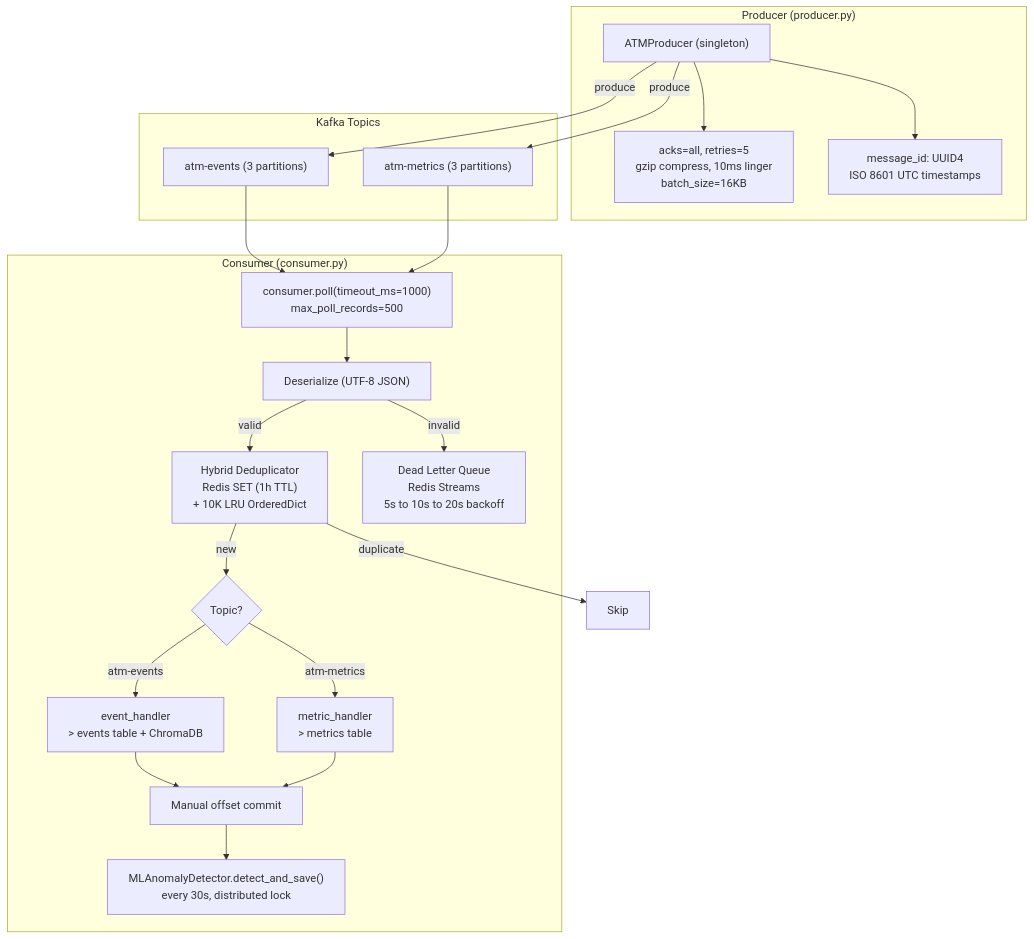
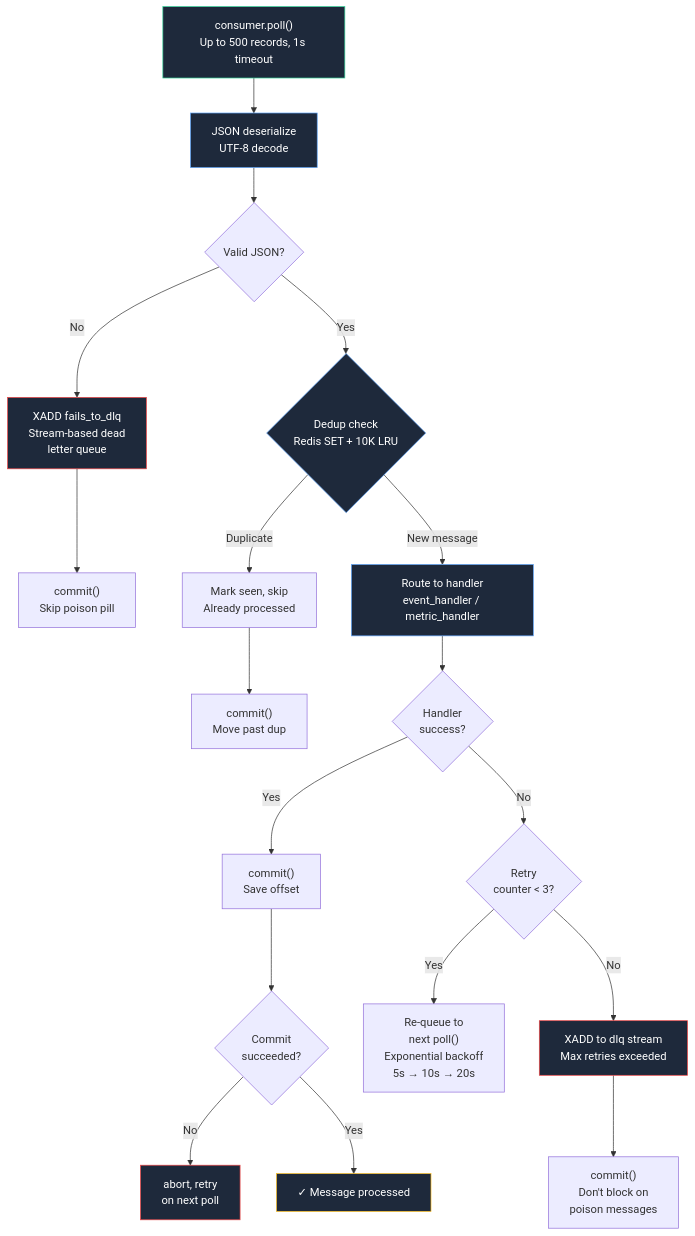
One commit to AhmedIkram05/laad changed the second of 10 diagrams in README.md. Above: the diagram before and after it, drawn with Mermaid. The commit also changed other lines of this file, not shown here.

````diff
--- a/README.md
+++ b/README.md
@@ -261,40 +363,38 @@
 ```mermaid
 flowchart TD
-  subgraph Producer ["Producer (producer.py)"]
-    P["ATMProducer (singleton)"]
-    CONF_P["acks=all, retries=5<br/>gzip compress, 10ms linger<br/>batch_size=16KB"]
-    UUID["message_id: UUID4<br/>ISO 8601 UTC timestamps"]
-    P --> CONF_P
-    P --> UUID
-  end
+    POLL["consumer.poll()<br/>Up to 500 records, 1s timeout"] --> DESER["JSON deserialize<br/>UTF-8 decode"]
 
-  subgraph Topics ["Kafka Topics"]
-    T1["atm-events (3 partitions)"]
-    T2["atm-metrics (3 partitions)"]
-  end
+    DESER --> VALID{"Valid JSON?"}
+    VALID -->|"No"| DLQ["XADD fails_to_dlq<br/>Stream-based dead<br/>letter queue"]
+    DLQ --> COMMIT_DLQ["commit()<br/>Skip poison pill"]
 
-  subgraph Consumer ["Consumer (consumer.py)"]
-    POLL["consumer.poll(timeout_ms=1000)<br/>max_poll_records=500"]
-    DES["Deserialize (UTF-8 JSON)"]
-    DED["Hybrid Deduplicator<br/>Redis SET (1h TTL)<br/>+ 10K LRU OrderedDict"]
-    DLQ["Dead Letter Queue<br/>Redis Streams<br/>5s to 10s to 20s backoff"]
-    ROUTE{"Topic?"}
-    EH["event_handler<br/>> events table + ChromaDB"]
-    MH["metric_handler<br/>> metrics table"]
-    COMMIT["Manual offset commit"]
-    DET["MLAnomalyDetector.detect_and_save()<br/>every 30s, distributed lock"]
-  end
+    VALID -->|"Yes"| DEDUP{"Dedup check<br/>Redis SET + 10K LRU"}
 
-  P -->|"produce"| T1
-  P -->|"produce"| T2
-  T1 --> POLL
-  T2 --> POLL
-  POLL --> DES
-  DES -->|"valid"| DED
-  DES -->|"invalid"| DLQ
-  DED -->|"new"| ROUTE
-  DED -->|"duplicate"| SKIP["Skip"]
-  ROUTE -->|"atm-events"| EH --> COMMIT
-  ROUTE -->|"atm-metrics"| MH --> COMMIT
-  COMMIT --> DET
+    DEDUP -->|"Duplicate"| SKIP["Mark seen, skip<br/>Already processed"]
+    SKIP --> COMMIT_SKIP["commit()<br/>Move past dup"]
+
+    DEDUP -->|"New message"| HANDLER["Route to handler<br/>event_handler / metric_handler"]
+
+    HANDLER --> SUCCESS{"Handler<br/>success?"}
+
+    SUCCESS -->|"Yes"| COMMIT_OK["commit()<br/>Save offset"]
+    SUCCESS -->|"No"| RETRY{"Retry<br/>counter &lt; 3?"}
+
+    RETRY -->|"Yes"| REQUEUE["Re-queue to<br/>next poll()<br/>Exponential backoff<br/>5s → 10s → 20s"]
+    RETRY -->|"No"| DLQ_RETRY["XADD to dlq stream<br/>Max retries exceeded"]
+    DLQ_RETRY --> COMMIT_DLQ2["commit()<br/>Don't block on<br/>poison messages"]
+
+    COMMIT_OK --> FAIL_COMMIT{"Commit<br/>succeeded?"}
+    FAIL_COMMIT -->|"No"| ABORT["abort, retry<br/>on next poll"]
+    FAIL_COMMIT -->|"Yes"| DONE["✓ Message processed"]
+
+    classDef poll fill:#1e293b,stroke:#34d399,color:#ffffff;
+    classDef process fill:#1e293b,stroke:#60a5fa,color:#ffffff;
+    classDef error fill:#1e293b,stroke:#ef4444,color:#ffffff;
+    classDef done fill:#1e293b,stroke:#fbbf24,color:#ffffff;
+
+    class POLL poll;
+    class DESER,DEDUP,HANDLER process;
+    class DLQ,DLQ_RETRY,ABORT error;
+    class DONE done;
 ```
````
